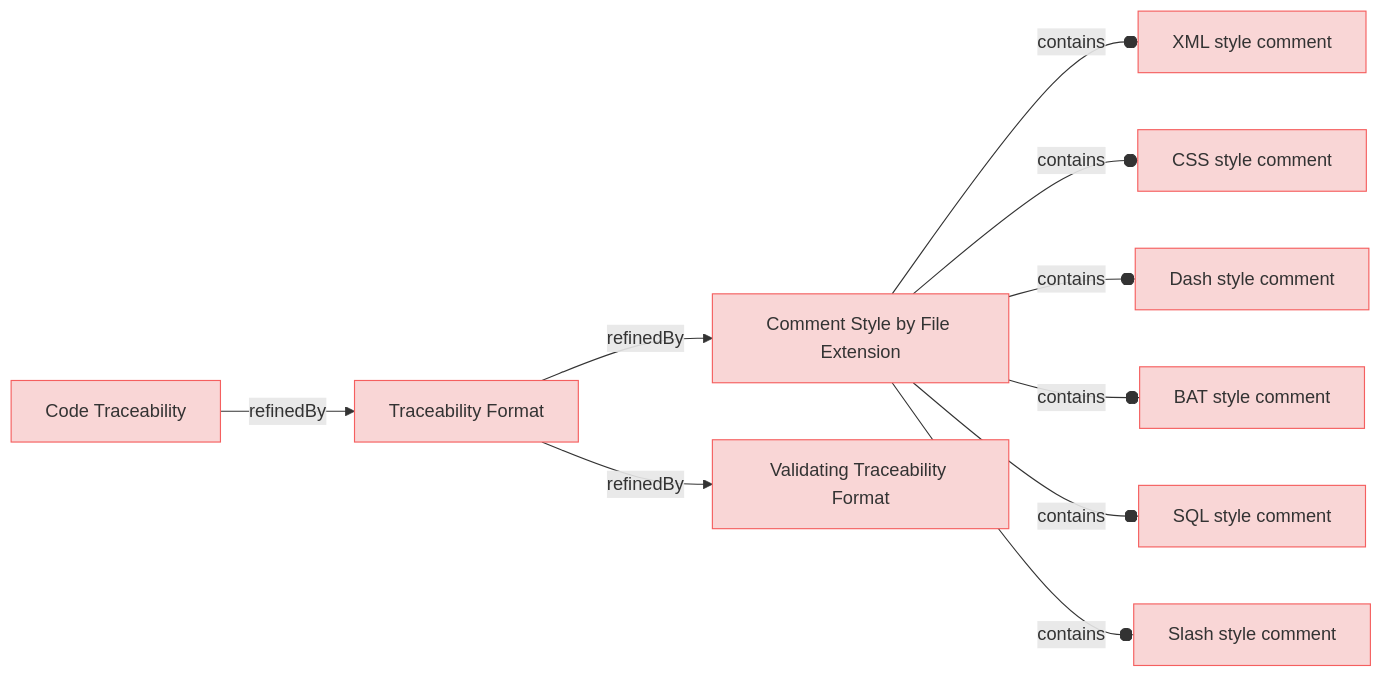
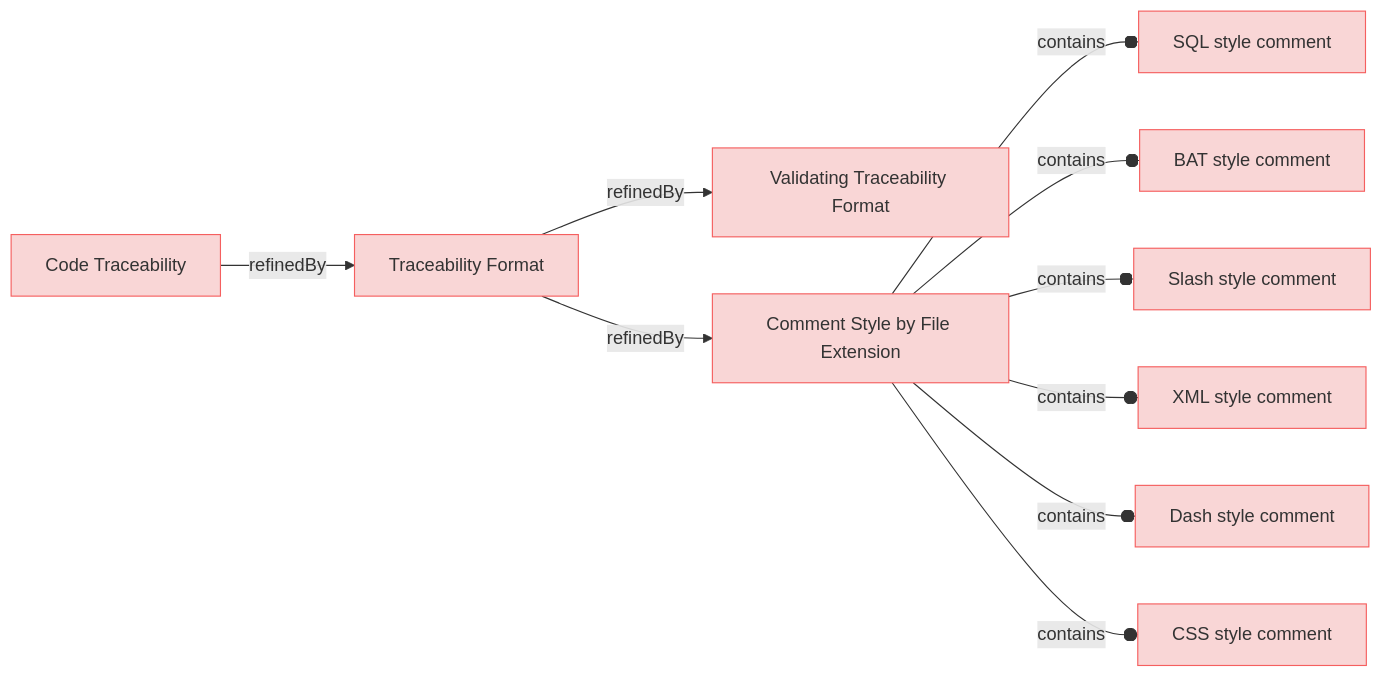
The diagram in specifications/CodeTraecabilityRequirements.md (reqvire-org/reqvire), drawn with Mermaid before and after one commit. The commit also changed 15 other files, not shown here.

First line of the commit message:
docs: Update auto-generated diagrams with new requirement traceability

````diff
--- a/specifications/CodeTraecabilityRequirements.md
+++ b/specifications/CodeTraecabilityRequirements.md
@@ -4,48 +4,49 @@
 ```mermaid
 graph LR;
+  %% REQVIRE-AUTOGENERATED-DIAGRAM
   %% Graph styling
   classDef requirement fill:#f9d6d6,stroke:#f55f5f,stroke-width:1px;
   classDef verification fill:#d6f9d6,stroke:#5fd75f,stroke-width:1px;
   classDef externalLink fill:#d0e0ff,stroke:#3080ff,stroke-width:1px;
   classDef default fill:#f5f5f5,stroke:#333333,stroke-width:1px;
 
+  39fc946195c12956["SQL style comment"];
+  class 39fc946195c12956 requirement;
+  click 39fc946195c12956 "CodeTraecabilityRequirements.md#sql-style-comment";
+  7fdde6a23819450b["BAT style comment"];
+  class 7fdde6a23819450b requirement;
+  click 7fdde6a23819450b "CodeTraecabilityRequirements.md#bat-style-comment";
+  99c4cc438042d855["Slash style comment"];
+  class 99c4cc438042d855 requirement;
+  click 99c4cc438042d855 "CodeTraecabilityRequirements.md#slash-style-comment";
+  474c97b7d0029622["XML style comment"];
+  class 474c97b7d0029622 requirement;
+  click 474c97b7d0029622 "CodeTraecabilityRequirements.md#xml-style-comment";
+  be41c3d9e39abe6f["Dash style comment"];
+  class be41c3d9e39abe6f requirement;
+  click be41c3d9e39abe6f "CodeTraecabilityRequirements.md#dash-style-comment";
+  3db41d3530e56596["Validating Traceability Format"];
+  class 3db41d3530e56596 requirement;
+  click 3db41d3530e56596 "CodeTraecabilityRequirements.md#validating-traceability-format";
   f4c09ad7359812ff["Comment Style by File Extension"];
   class f4c09ad7359812ff requirement;
   click f4c09ad7359812ff "CodeTraecabilityRequirements.md#comment-style-by-file-extension";
-  474c97b7d0029622["XML style comment"];
-  class 474c97b7d0029622 requirement;
-  click 474c97b7d0029622 "CodeTraecabilityRequirements.md#xml-style-comment";
+  f4c09ad7359812ff --o|contains| 39fc946195c12956;
+  f4c09ad7359812ff --o|contains| 7fdde6a23819450b;
+  f4c09ad7359812ff --o|contains| 99c4cc438042d855;
   f4c09ad7359812ff --o|contains| 474c97b7d0029622;
+  f4c09ad7359812ff --o|contains| be41c3d9e39abe6f;
   a91fc474f292f1c9["CSS style comment"];
   class a91fc474f292f1c9 requirement;
   click a91fc474f292f1c9 "CodeTraecabilityRequirements.md#css-style-comment";
   f4c09ad7359812ff --o|contains| a91fc474f292f1c9;
-  be41c3d9e39abe6f["Dash style comment"];
-  class be41c3d9e39abe6f requirement;
-  click be41c3d9e39abe6f "CodeTraecabilityRequirements.md#dash-style-comment";
-  f4c09ad7359812ff --o|contains| be41c3d9e39abe6f;
-  7fdde6a23819450b["BAT style comment"];
-  class 7fdde6a23819450b requirement;
-  click 7fdde6a23819450b "CodeTraecabilityRequirements.md#bat-style-comment";
-  f4c09ad7359812ff --o|contains| 7fdde6a23819450b;
-  39fc946195c12956["SQL style comment"];
-  class 39fc946195c12956 requirement;
-  click 39fc946195c12956 "CodeTraecabilityRequirements.md#sql-style-comment";
-  f4c09ad7359812ff --o|contains| 39fc946195c12956;
-  99c4cc438042d855["Slash style comment"];
-  class 99c4cc438042d855 requirement;
-  click 99c4cc438042d855 "CodeTraecabilityRequirements.md#slash-style-comment";
-  f4c09ad7359812ff --o|contains| 99c4cc438042d855;
   9314736a59776478["Traceability Format"];
   class 9314736a59776478 requirement;
   click 9314736a59776478 "CodeTraecabilityRequirements.md#traceability-format";
+  9314736a59776478 -->|refinedBy| 3db41d3530e56596;
   9314736a59776478 -->|refinedBy| f4c09ad7359812ff;
-  3db41d3530e56596["Validating Traceability Format"];
-  class 3db41d3530e56596 requirement;
-  click 3db41d3530e56596 "CodeTraecabilityRequirements.md#validating-traceability-format";
-  9314736a59776478 -->|refinedBy| 3db41d3530e56596;
   26ca72b617aff229["Code Traceability"];
   class 26ca72b617aff229 requirement;
   click 26ca72b617aff229 "UserRequirements.md#code-traceability";
   26ca72b617aff229 -->|refinedBy| 9314736a59776478;
 ```
````
